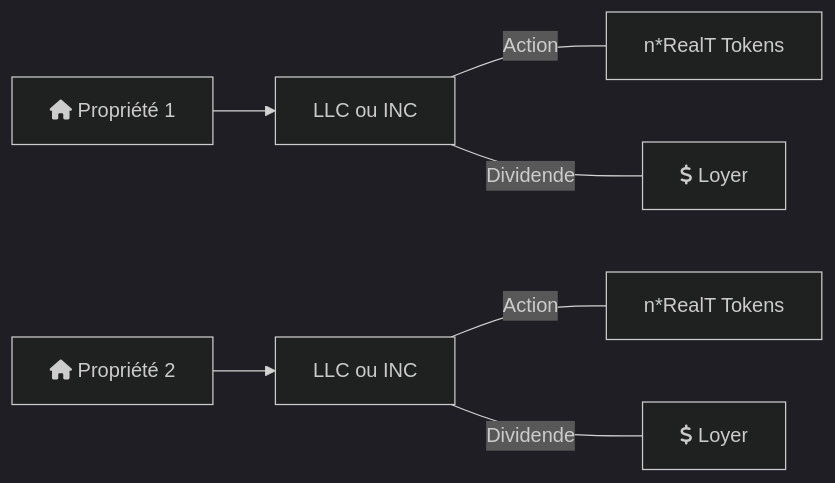
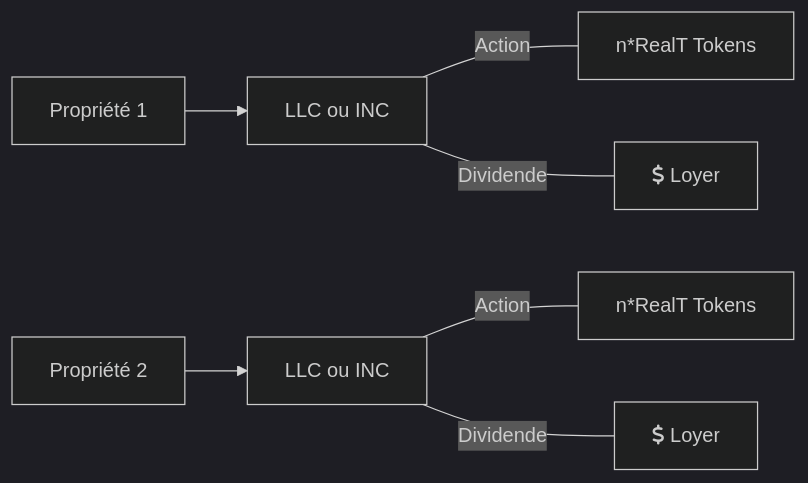
Before and after one commit to minus78/minus78.github.io: the diagram in _posts/2022-10-16-RealT.markdown, drawn with Mermaid (dark theme). The commit also changed 4 other files, not shown here.

````diff
--- a/_posts/2022-10-16-RealT.markdown
+++ b/_posts/2022-10-16-RealT.markdown
@@ -23,10 +23,10 @@
 ```mermaid
 flowchart LR
-    A1[fa:fa-home Propriété 1]-->
+    A1[Propriété 1]-->
     B1[LLC ou INC] -- Action --- C1[n*RealT Tokens]
     B1 -- Dividende --- D1[fa:fa-dollar-sign Loyer]
 
-    A2[fa:fa-home Propriété 2]-->
+    A2[Propriété 2]-->
     B2[LLC ou INC] -- Action --- C2[n*RealT Tokens]
     B2 -- Dividende --- D2[fa:fa-dollar-sign Loyer]
 ```
````
